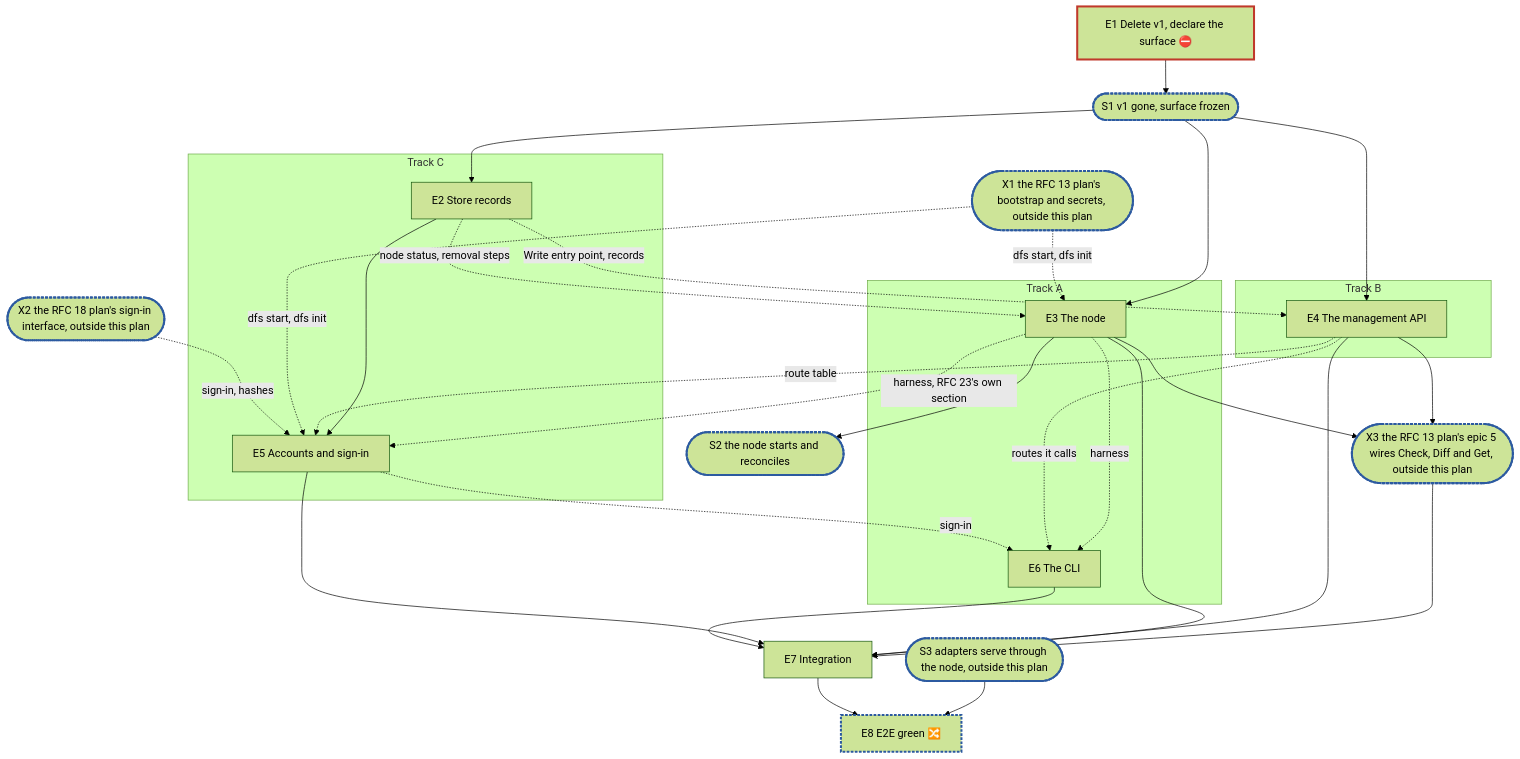
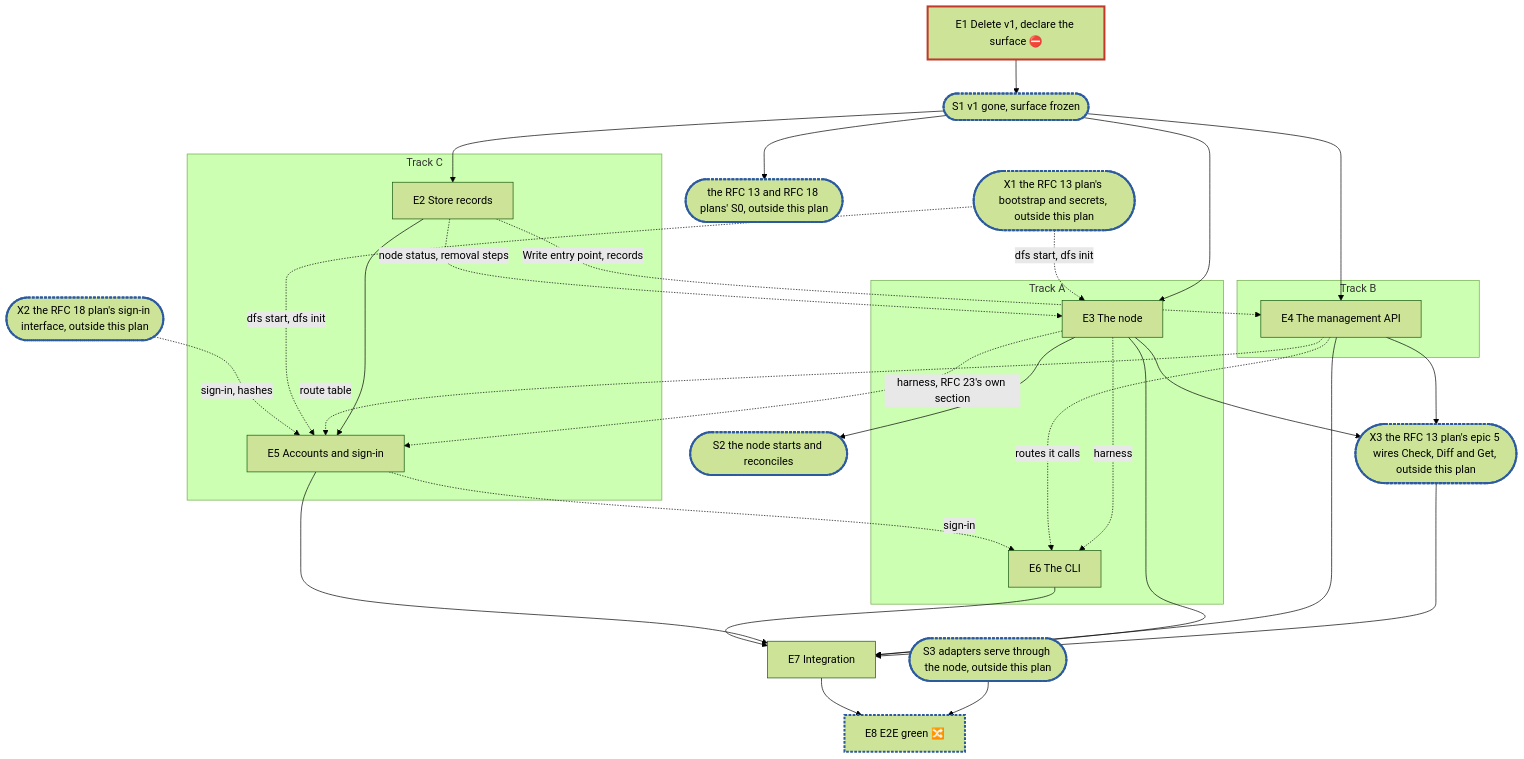
Before and after one commit to cubbit/dittofs: the diagram in docs/internals/planning/rfc-23-control-plane-plan.md, drawn with Mermaid (forest theme). The commit also changed other lines of this file and 5 other files, not shown here.

Commit message:
docs(planning): address the fifth review of the RFC 23 plan

````diff
--- a/docs/internals/planning/rfc-23-control-plane-plan.md
+++ b/docs/internals/planning/rfc-23-control-plane-plan.md
@@ -363,30 +367,31 @@
 ```mermaid
 flowchart TD
   E1["E1 Delete v1, declare the surface ⛔"]:::blocker --> S1(["S1 v1 gone, surface frozen"]):::sync
   subgraph A["Track A"]
     E3["E3 The node"] -. "harness" .-> E6["E6 The CLI"]
   end
   subgraph B["Track B"]
     E4["E4 The management API"]
   end
   subgraph C["Track C"]
     E2["E2 Store records"] --> E5["E5 Accounts and sign-in"]
   end
   S1 --> E2 & E3 & E4
+  S1 --> P(["the RFC 13 and RFC 18 plans' S0, outside this plan"]):::sync
   E2 -. "Write entry point, records" .-> E4
   E2 -. "node status, removal steps" .-> E3
   E3 --> S2(["S2 the node starts and reconciles"]):::sync
   E4 -. "routes it calls" .-> E6
   E5 -. "sign-in" .-> E6
   E3 -. "harness, RFC 23's own section" .-> E5
   E4 -. "route table" .-> E5
   E3 & E4 --> X3(["X3 the RFC 13 plan's epic 5 wires Check, Diff and Get, outside this plan"]):::sync
   X3 --> E7
   E3 & E4 & E5 & E6 --> E7["E7 Integration"]
   X1(["X1 the RFC 13 plan's bootstrap and secrets, outside this plan"]):::sync -. "dfs start, dfs init" .-> E3 & E5
   X2(["X2 the RFC 18 plan's sign-in interface, outside this plan"]):::sync -. "sign-in, hashes" .-> E5
   S3(["S3 adapters serve through the node, outside this plan"]):::sync --> E8["E8 E2E green 🔀"]:::sync
   E7 --> E8
   classDef blocker stroke:#c0392b,stroke-width:3px
   classDef sync stroke:#2c5aa0,stroke-width:3px,stroke-dasharray:4 2
 ```
````
